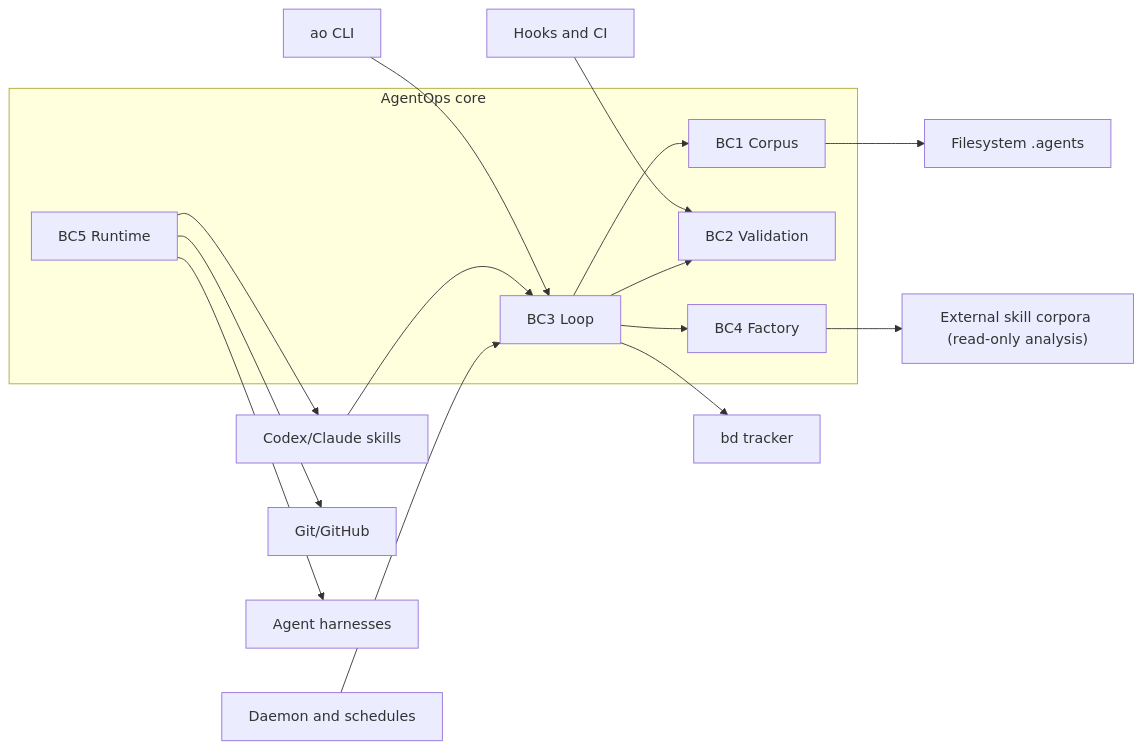
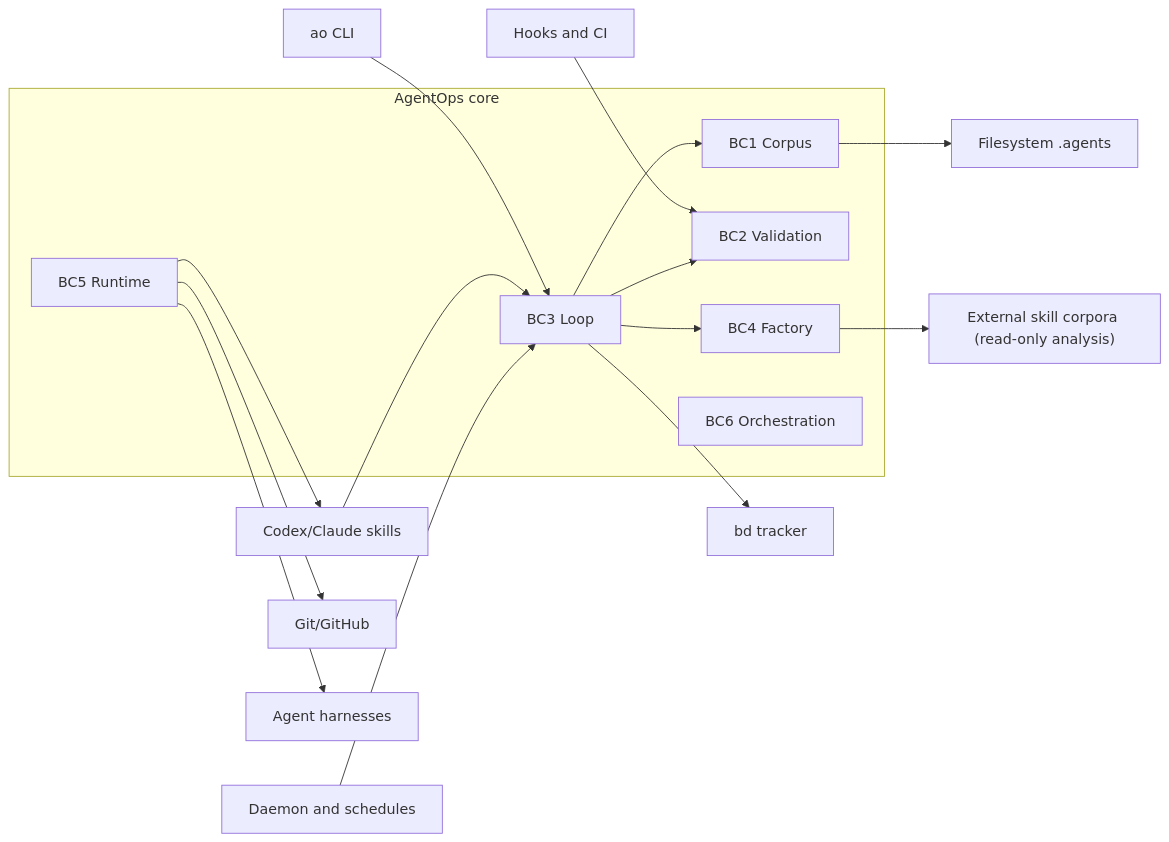
Before and after one commit to boshu2/agentops: the diagram in docs/reference/agentops-hexagonal-architecture-map.md, drawn with Mermaid. The commit also changed other lines of this file and 14 other files, not shown here.

````diff
--- a/docs/reference/agentops-hexagonal-architecture-map.md
+++ b/docs/reference/agentops-hexagonal-architecture-map.md
@@ -32,35 +33,36 @@
 ```mermaid
 flowchart LR
   CLI["ao CLI"]
   Skills["Codex/Claude skills"]
   Hooks["Hooks and CI"]
   Daemon["Daemon and schedules"]
 
   subgraph Hex["AgentOps core"]
     Corpus["BC1 Corpus"]
     Validation["BC2 Validation"]
     Loop["BC3 Loop"]
     Factory["BC4 Factory"]
     Runtime["BC5 Runtime"]
+    Orchestration["BC6 Orchestration"]
   end
 
   FS["Filesystem .agents"]
   BD["bd tracker"]
   Git["Git/GitHub"]
   Harness["Agent harnesses"]
   ExtCorpus["External skill corpora (read-only analysis)"]
 
   CLI --> Loop
   Skills --> Loop
   Hooks --> Validation
   Daemon --> Loop
   Loop --> Corpus
   Loop --> Validation
   Loop --> Factory
   Runtime --> Skills
   Corpus --> FS
   Loop --> BD
   Runtime --> Git
   Runtime --> Harness
   Factory --> ExtCorpus
 ```
````
